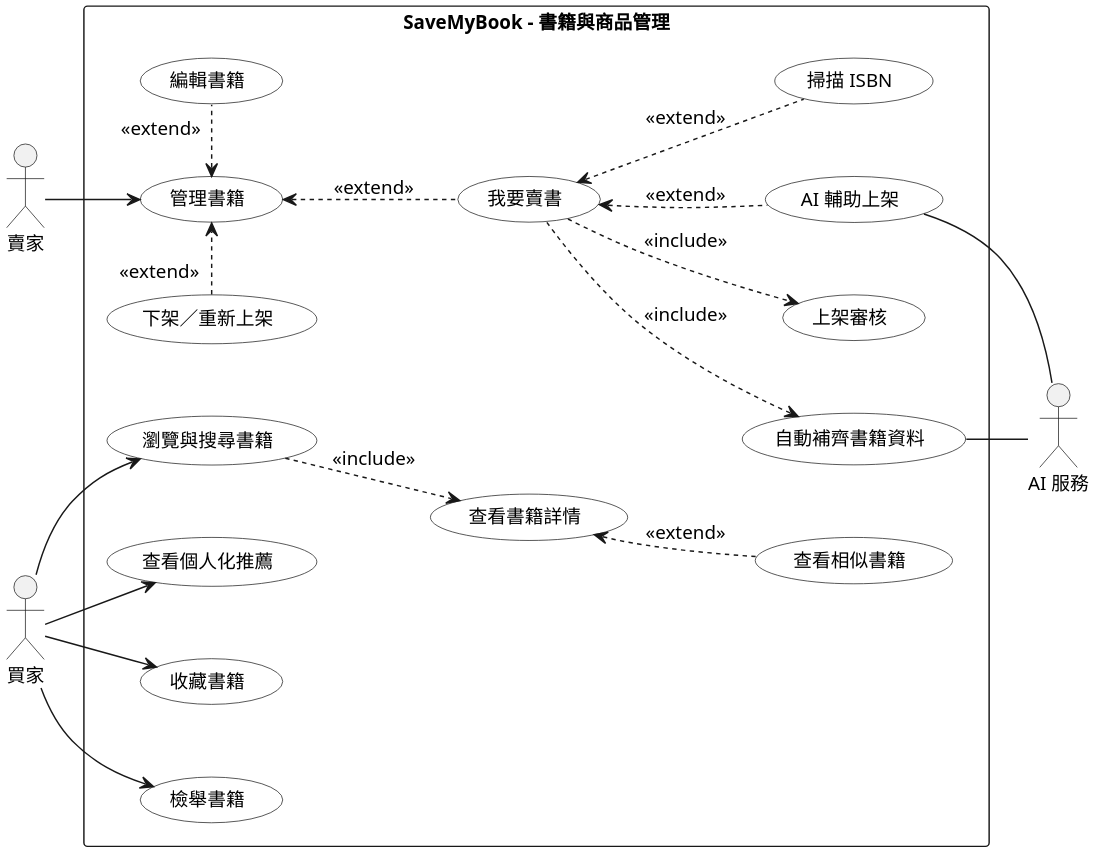
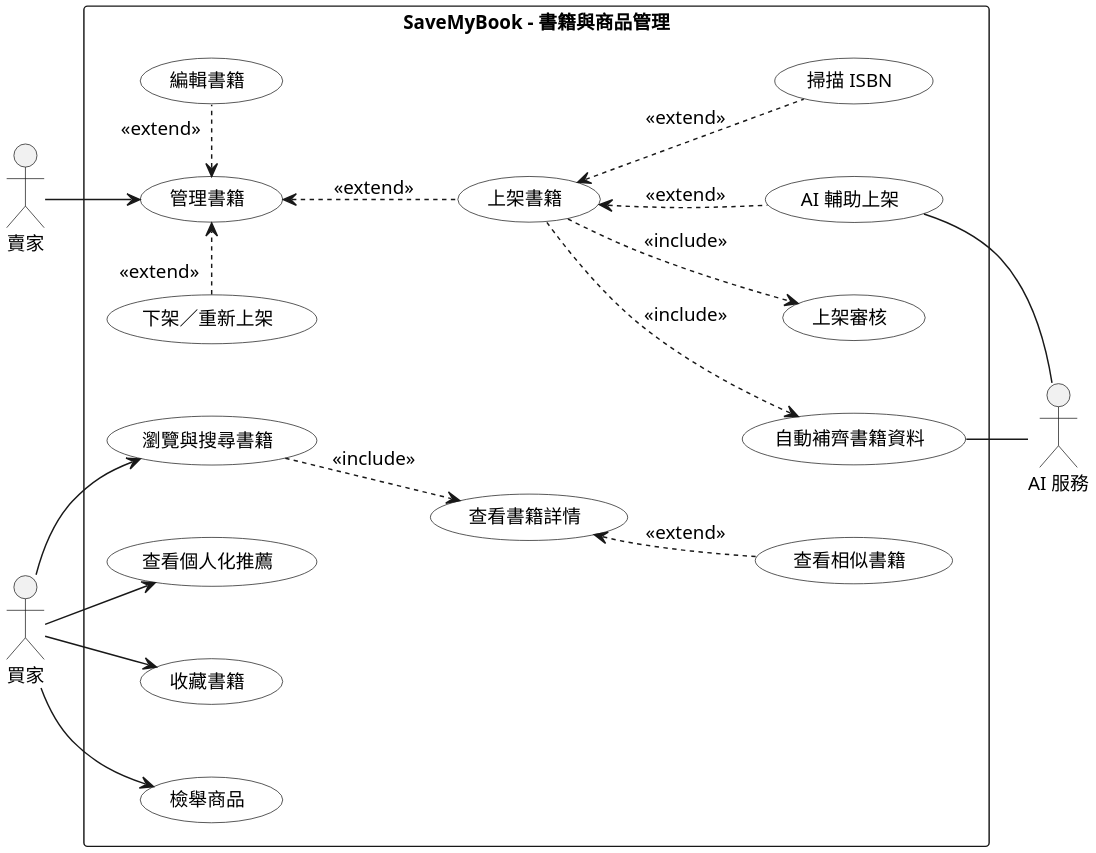
The diagram in Diagrams/Use Case/v3/uc_books.puml (SaveMyBook/SaveMyBook), drawn with PlantUML before and after one commit. The commit also changed 288 other files, not shown here.

```diff
--- a/Diagrams/Use Case/v3/uc_books.puml
+++ b/Diagrams/Use Case/v3/uc_books.puml
@@ -1,52 +1,52 @@
 @startuml
 skinparam monochrome true
 skinparam shadowing false
 skinparam dpi 220
 skinparam defaultFontName "PingFang TC"
 skinparam defaultFontSize 13
 skinparam usecase {
   BackgroundColor white
 }
 skinparam nodesep 50
 skinparam ranksep 20
 left to right direction
 
 actor 賣家
 actor 買家
 actor "AI 服務" as AI
 
 rectangle "SaveMyBook - 書籍與商品管理" {
   usecase "管理書籍" as manage
-  usecase "我要賣書" as sell
+  usecase "上架書籍" as sell
   usecase "掃描 ISBN" as isbn
   usecase "AI 輔助上架" as assist
   usecase "上架審核" as review
   usecase "自動補齊書籍資料" as enrich
   usecase "編輯書籍" as edit
   usecase "下架／重新上架" as delist
   usecase "瀏覽與搜尋書籍" as browse
   usecase "查看書籍詳情" as detail
   usecase "查看相似書籍" as similar
   usecase "查看個人化推薦" as recommend
   usecase "收藏書籍" as fav
-  usecase "檢舉書籍" as report
+  usecase "檢舉商品" as report
 }
 
 賣家 --> manage
 manage <.. sell : <<extend>>
 manage <. "«extend»" edit
 delist "«extend»" .> manage
 sell <.. isbn : <<extend>>
 sell <.. assist : <<extend>>
 sell ..> review : <<include>>
 sell ..> enrich : <<include>>
 買家 --> browse
 買家 --> recommend
 買家 --> fav
 買家 --> report
 browse ..> detail : <<include>>
 detail <.. similar : <<extend>>
 assist -- AI
 enrich -- AI
 similar -[hidden]- AI
 @enduml
```
